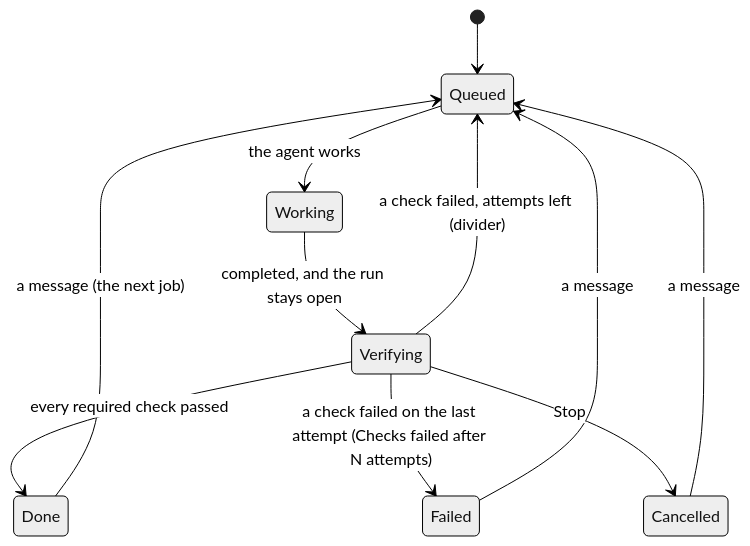
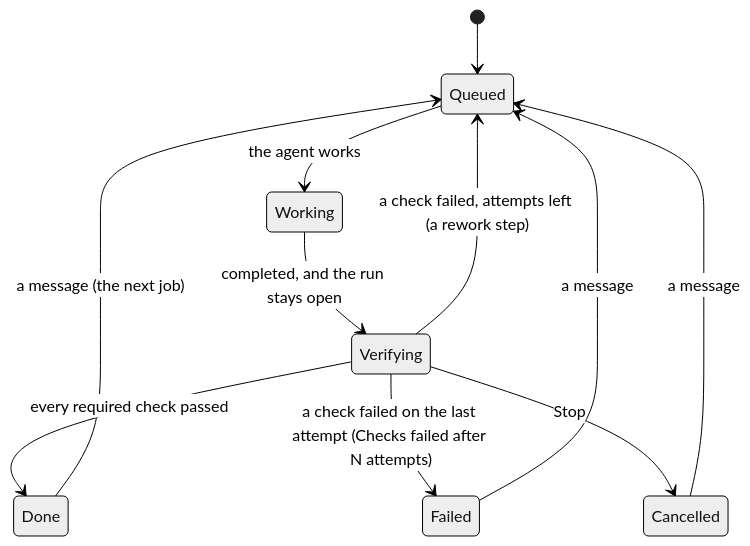
The fourth of 6 diagrams in web/README.md (vymalo/another-agentic-system), drawn with Mermaid (neutral theme) before and after one commit. The commit also changed other lines of this file and 220 other files, not shown here.

````diff
--- a/web/README.md
+++ b/web/README.md
@@ -213,13 +222,13 @@
 ```mermaid
 stateDiagram-v2
   [*] --> Queued
   Queued --> Working: the agent works
   Working --> Verifying: completed, and the run stays open
-  Verifying --> Queued: a check failed, attempts left (divider)
+  Verifying --> Queued: a check failed, attempts left (a rework step)
   Verifying --> Done: every required check passed
   Verifying --> Failed: a check failed on the last attempt (Checks failed after N attempts)
   Verifying --> Cancelled: Stop
   Done --> Queued: a message (the next job)
   Failed --> Queued: a message
   Cancelled --> Queued: a message
 ```
````
